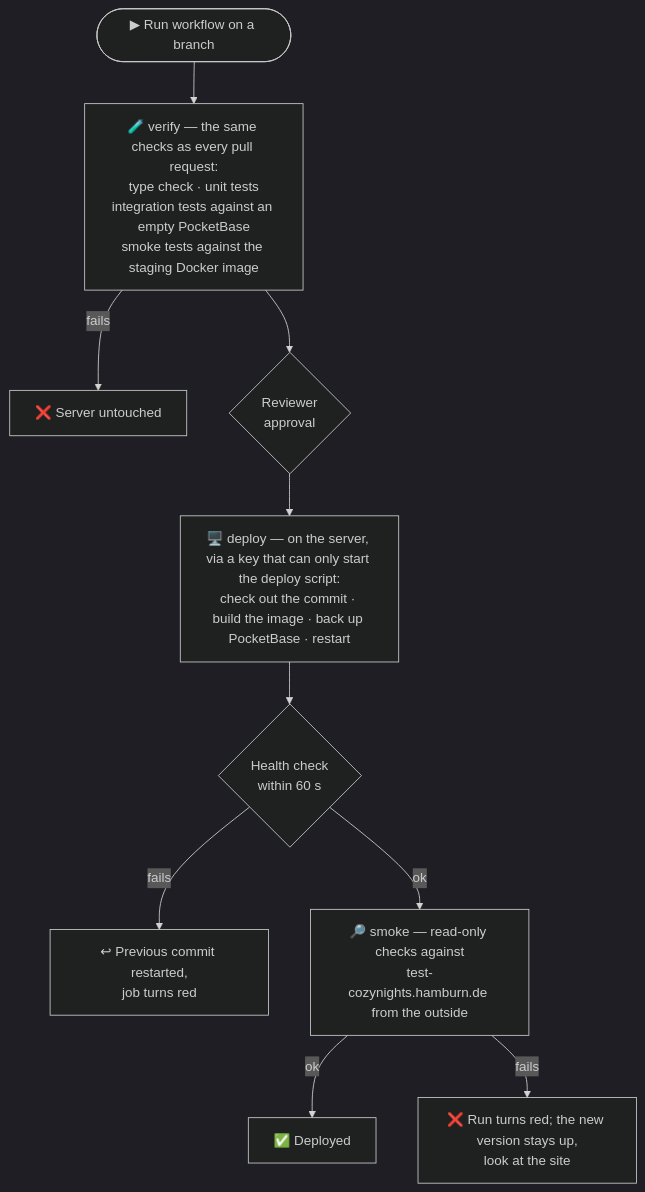
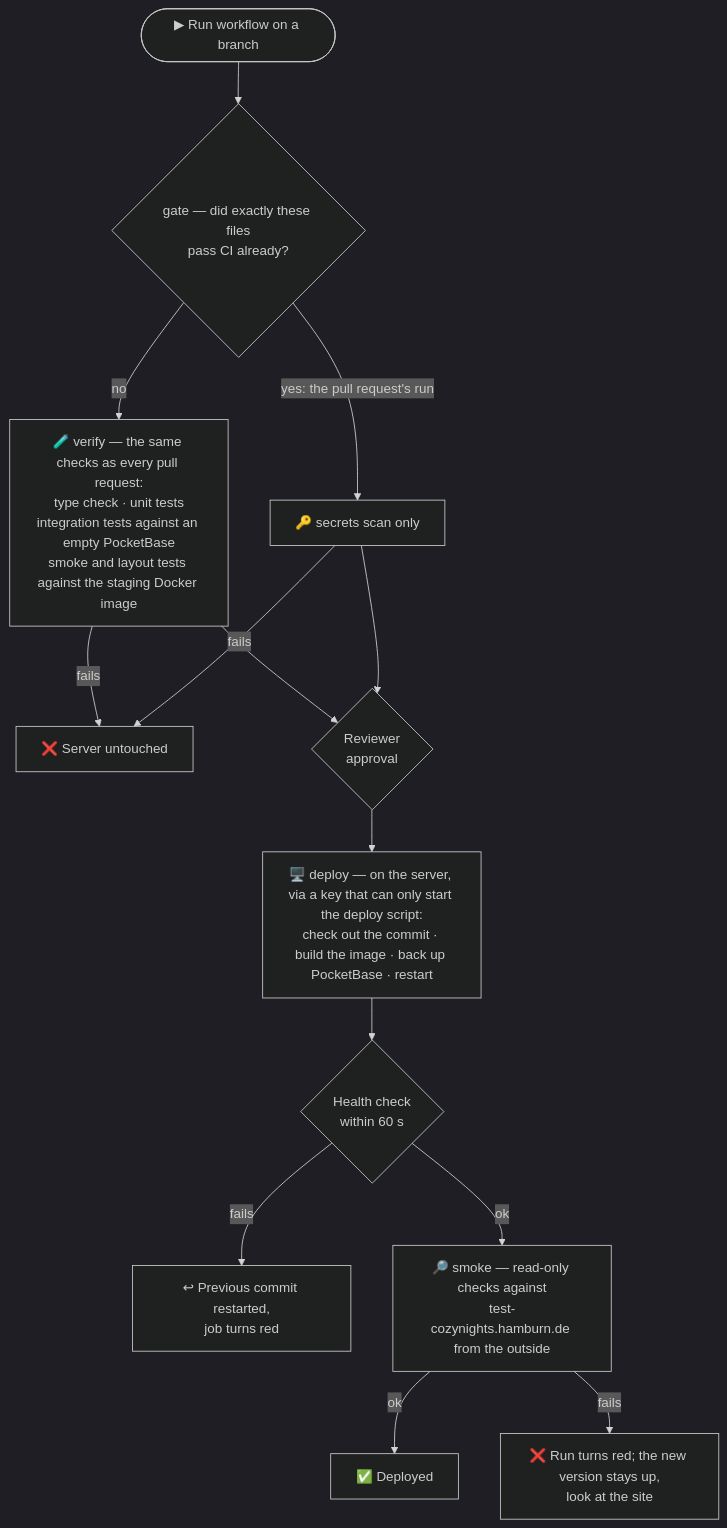
Before and after one commit to MorpheusMXML/hamburn-cozynights: the second of 2 diagrams in docs/develop/deployment.md, drawn with Mermaid (dark theme). The commit also changed other lines of this file and 3 other files, not shown here.

````diff
--- a/docs/develop/deployment.md
+++ b/docs/develop/deployment.md
@@ -65,12 +67,16 @@
 ```mermaid
 flowchart TD
-  run(["▶ Run workflow on a branch"]) --> verify["🧪 verify — the same checks as every pull request:<br/>type check · unit tests<br/>integration tests against an empty PocketBase<br/>smoke tests against the staging Docker image"]
+  run(["▶ Run workflow on a branch"]) --> gate{"gate — did exactly these files<br/>pass CI already?"}
+  gate -- "yes: the pull request's run" --> secrets["🔑 secrets scan only"]
+  gate -- no --> verify["🧪 verify — the same checks as every pull request:<br/>type check · unit tests<br/>integration tests against an empty PocketBase<br/>smoke and layout tests against the staging Docker image"]
   verify -- fails --> stop1["❌ Server untouched"]
+  secrets -- fails --> stop1
   verify --> approve{"Reviewer<br/>approval"}
+  secrets --> approve
   approve --> server["🖥️ deploy — on the server, via a key that can only start the deploy script:<br/>check out the commit · build the image · back up PocketBase · restart"]
   server --> health{"Health check<br/>within 60 s"}
   health -- fails --> rollback["↩ Previous commit restarted,<br/>job turns red"]
   health -- ok --> smoke["🔎 smoke — read-only checks against<br/>test-cozynights.hamburn.de from the outside"]
   smoke -- ok --> done["✅ Deployed"]
   smoke -- fails --> red["❌ Run turns red; the new version stays up,<br/>look at the site"]
 ```
````
